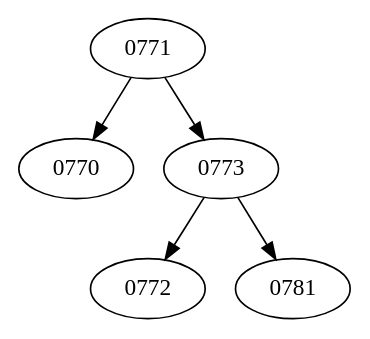
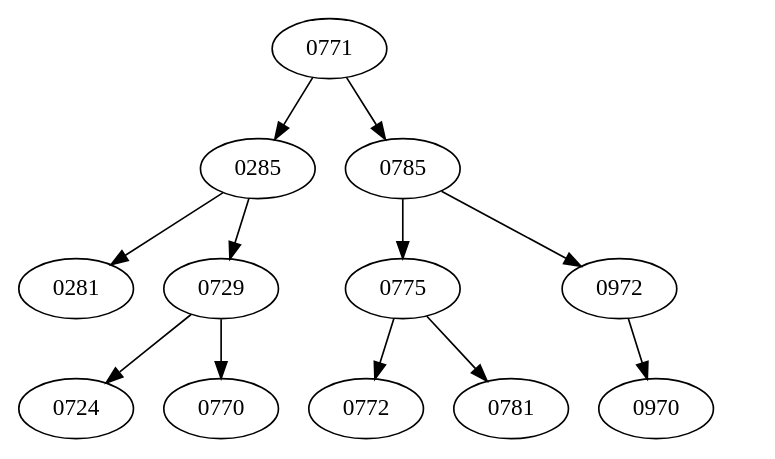
One commit to FJVicVel03/EDD_VD2S2023_PY_202111576 changed the diagram in CursosCargados.dot. Above: the diagram before and after it, drawn with Graphviz. The commit also changed 62 other files, not shown here.

```diff
--- a/CursosCargados.dot
+++ b/CursosCargados.dot
@@ -1,1 +1,1 @@
-digraph arbol{ "0771" ; x1 [label="",width=.1,style=invis];"0771" -> "0770" ;"0771" -> "0773" ; x2 [label="",width=.1,style=invis];"0773" -> "0772" ;"0773" -> "0781" ;{rank=same"0772" -> "0781" [style=invis]}; {rank=same"0770" -> "0773" [style=invis]}; }
+digraph arbol{ "0771" ; x1 [label="",width=.1,style=invis];"0771" -> "0285" ; x2 [label="",width=.1,style=invis];"0285" -> "0281" ;"0285" -> "0729" ; x3 [label="",width=.1,style=invis];"0729" -> "0724" ;"0729" -> "0770" ;{rank=same"0724" -> "0770" [style=invis]}; {rank=same"0281" -> "0729" [style=invis]}; "0771" -> "0785" ; x2 [label="",width=.1,style=invis];"0785" -> "0775" ; x3 [label="",width=.1,style=invis];"0775" -> "0772" ;"0775" -> "0781" ;{rank=same"0772" -> "0781" [style=invis]}; "0785" -> "0972" ; x3 [label="",width=.1,style=invis];"0972" -> "0970" ;"0972" -> x3[style=invis]{rank=same"0970" -> x3 [style=invis]}; {rank=same"0775" -> "0972" [style=invis]}; {rank=same"0285" -> "0785" [style=invis]}; }
```
